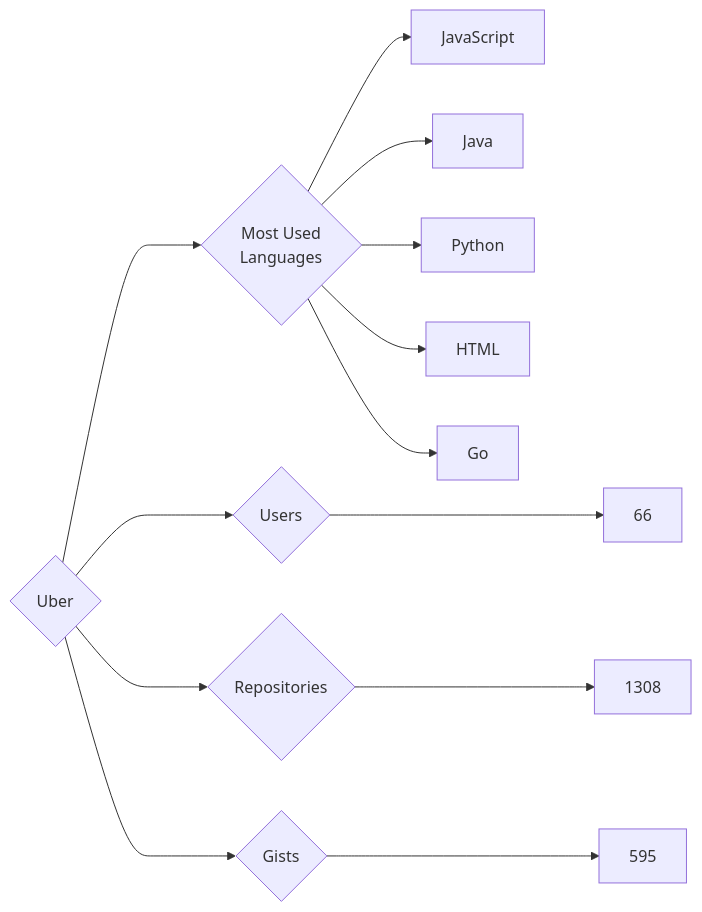
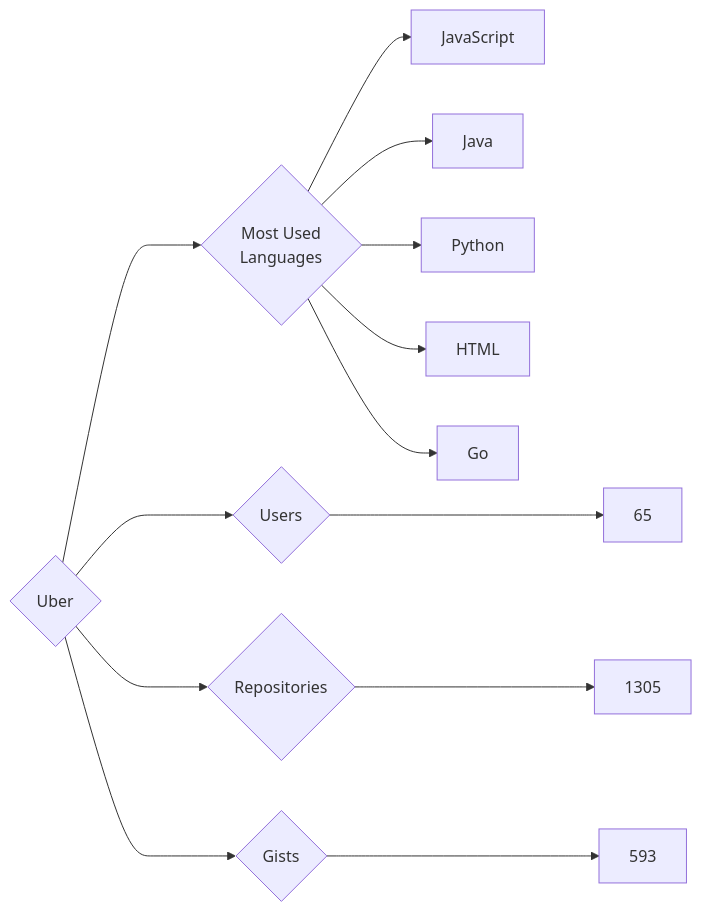
One commit to trickest/insiders changed the diagram in targets/Uber/README.md. Above: the diagram before and after it, drawn with Mermaid. The commit also changed 765 other files, not shown here.

````diff
--- a/targets/Uber/README.md
+++ b/targets/Uber/README.md
@@ -3,13 +3,13 @@
 ```mermaid
 graph LR
 COMPANY_NAME{Uber}
-COMPANY_NAME ---> U{Users} ---> UN[66]
-COMPANY_NAME ---> R{Repositories} ---> RN[1308]
-COMPANY_NAME ---> G{Gists} ---> GN[595]
+COMPANY_NAME ---> U{Users} ---> UN[65]
+COMPANY_NAME ---> R{Repositories} ---> RN[1305]
+COMPANY_NAME ---> G{Gists} ---> GN[593]
 COMPANY_NAME ---> ML{Most Used<br>Languages}
 ML --> JavaScript[JavaScript]
 ML --> Java[Java]
 ML --> Python[Python]
 ML --> HTML[HTML]
 ML --> Go[Go]
 ```
````
